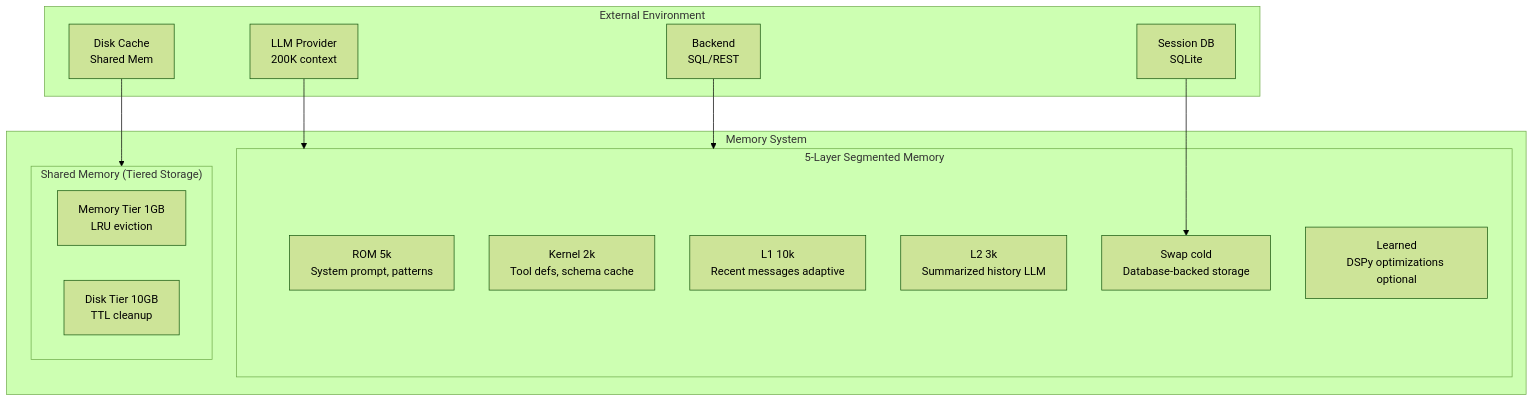
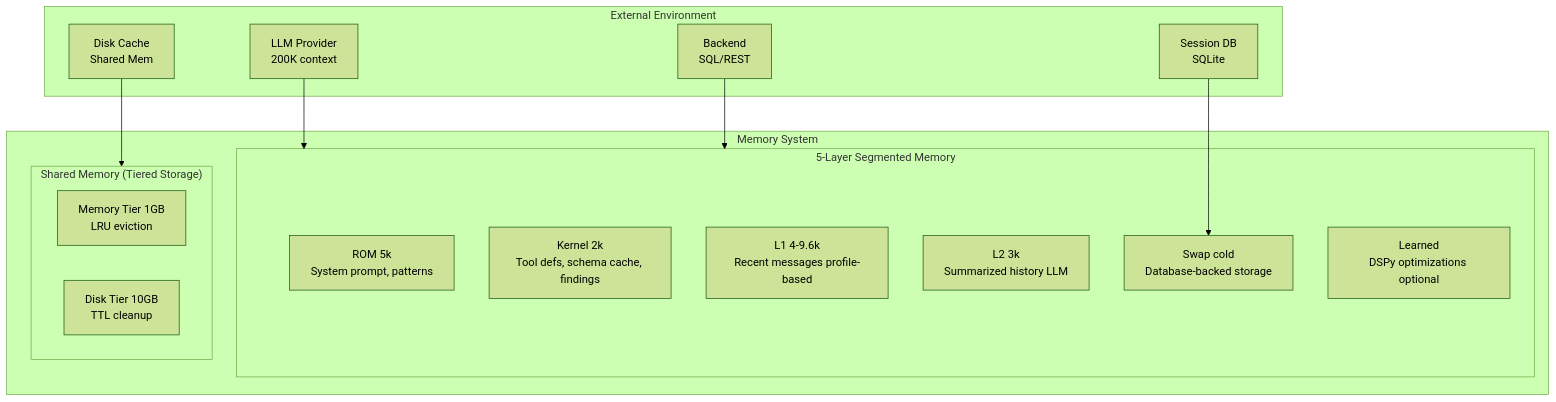
One commit to teradata-labs/loom changed the diagram in docs/architecture/memory-systems.md. Above: the diagram before and after it, drawn with Mermaid (forest theme). The commit also changed other lines of this file and 151 other files, not shown here.

First line of the commit message:
feat: salience-driven graph memory system (#133)

````diff
--- a/docs/architecture/memory-systems.md
+++ b/docs/architecture/memory-systems.md
@@ -77,30 +77,30 @@
 ```mermaid
 graph TB
     subgraph External["External Environment"]
         LLM[LLM Provider<br/>200K context]
         Backend[Backend<br/>SQL/REST]
         SessionDB[Session DB<br/>SQLite]
         DiskCache[Disk Cache<br/>Shared Mem]
     end
 
     subgraph MemSystem["Memory System"]
         subgraph Segmented["5-Layer Segmented Memory"]
             ROM[ROM 5k<br/>System prompt, patterns]
-            Kernel[Kernel 2k<br/>Tool defs, schema cache]
-            L1[L1 10k<br/>Recent messages adaptive]
+            Kernel[Kernel 2k<br/>Tool defs, schema cache, findings]
+            L1[L1 4-9.6k<br/>Recent messages profile-based]
             L2[L2 3k<br/>Summarized history LLM]
             Swap[Swap cold<br/>Database-backed storage]
             Learned[Learned<br/>DSPy optimizations optional]
         end
 
         subgraph SharedMem["Shared Memory (Tiered Storage)"]
             MemTier[Memory Tier 1GB<br/>LRU eviction]
             DiskTier[Disk Tier 10GB<br/>TTL cleanup]
         end
     end
 
     LLM --> Segmented
     Backend --> Segmented
     SessionDB --> Swap
     DiskCache --> SharedMem
 ```
````
